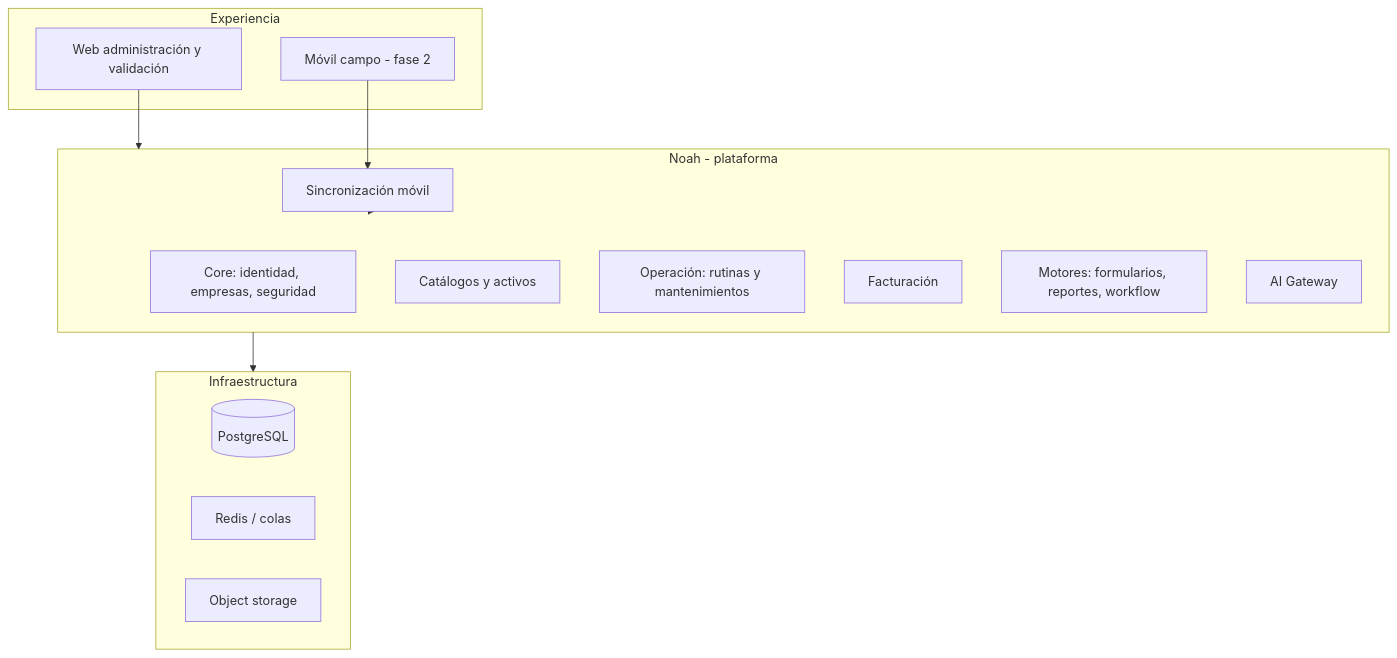
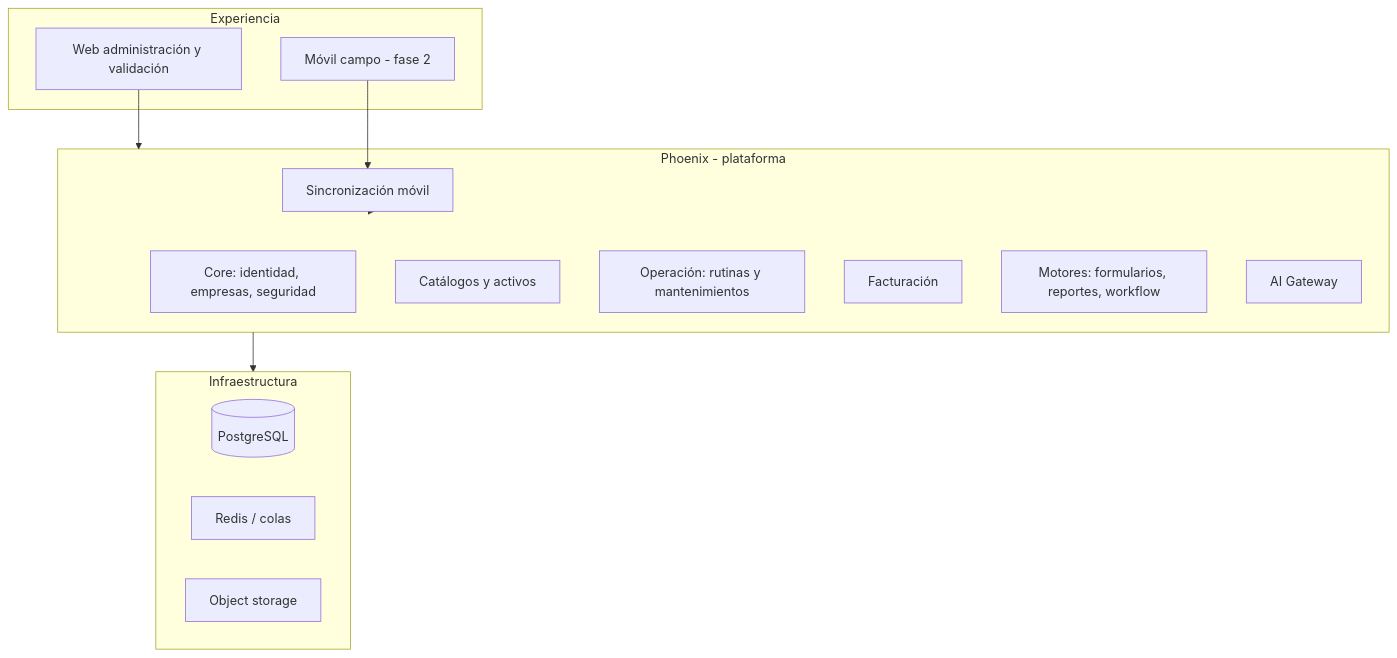
The first of 2 diagrams in openspec/vision/concept.md (Adrian247/noah), drawn with Mermaid before and after one commit. The commit also changed other lines of this file and 402 other files, not shown here.

````diff
--- a/openspec/vision/concept.md
+++ b/openspec/vision/concept.md
@@ -22,28 +22,28 @@
 ```mermaid
 flowchart TB
   subgraph experience [Experiencia]
     Web[Web administración y validación]
     Mobile[Móvil campo - fase 2]
   end
 
-  subgraph platform [Noah - plataforma]
+  subgraph platform [Phoenix - plataforma]
     Core[Core: identidad, empresas, seguridad]
     Catalog[Catálogos y activos]
     Ops[Operación: rutinas y mantenimientos]
     Money[Facturación]
     Engines[Motores: formularios, reportes, workflow]
     AI[AI Gateway]
     Sync[Sincronización móvil]
   end
 
   subgraph infra [Infraestructura]
     DB[(PostgreSQL)]
     Q[Redis / colas]
     OBJ[Object storage]
   end
 
   Web --> platform
   Mobile --> Sync
   Sync --> platform
   platform --> infra
 ```
````
